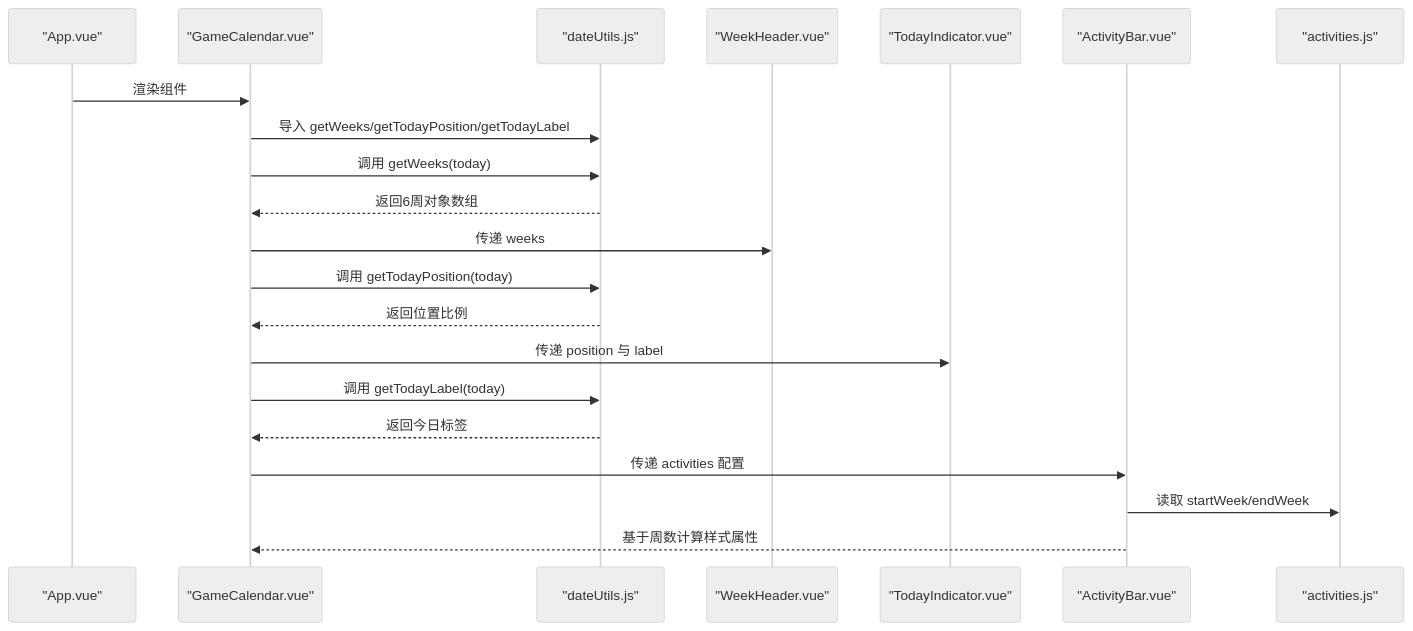
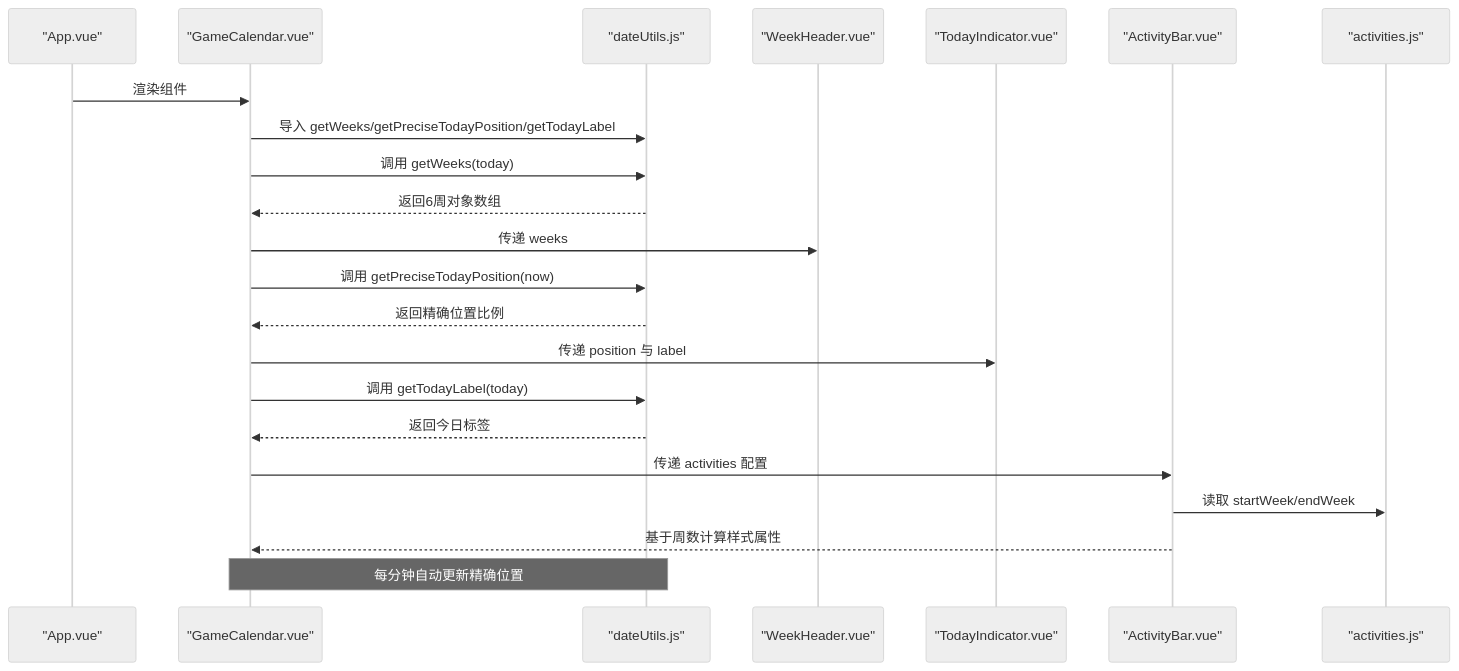
Before and after one commit to xuanyulingnfeg/gameCalendar: the second of 8 diagrams in .qoder/repowiki/zh/content/工具函数.md, drawn with Mermaid (neutral theme). The commit also changed other lines of this file and 7 other files, not shown here.

````diff
--- a/.qoder/repowiki/zh/content/工具函数.md
+++ b/.qoder/repowiki/zh/content/工具函数.md
@@ -155,23 +173,24 @@
 ```mermaid
 sequenceDiagram
 participant App as "App.vue"
 participant Calendar as "GameCalendar.vue"
 participant Utils as "dateUtils.js"
 participant Header as "WeekHeader.vue"
 participant Indicator as "TodayIndicator.vue"
 participant Bars as "ActivityBar.vue"
 participant Config as "activities.js"
 App->>Calendar : 渲染组件
-Calendar->>Utils : 导入 getWeeks/getTodayPosition/getTodayLabel
+Calendar->>Utils : 导入 getWeeks/getPreciseTodayPosition/getTodayLabel
 Calendar->>Utils : 调用 getWeeks(today)
 Utils-->>Calendar : 返回6周对象数组
 Calendar->>Header : 传递 weeks
-Calendar->>Utils : 调用 getTodayPosition(today)
-Utils-->>Calendar : 返回位置比例
+Calendar->>Utils : 调用 getPreciseTodayPosition(now)
+Utils-->>Calendar : 返回精确位置比例
 Calendar->>Indicator : 传递 position 与 label
 Calendar->>Utils : 调用 getTodayLabel(today)
 Utils-->>Calendar : 返回今日标签
 Calendar->>Bars : 传递 activities 配置
 Bars->>Config : 读取 startWeek/endWeek
 Bars-->>Calendar : 基于周数计算样式属性
+Note over Calendar,Utils : 每分钟自动更新精确位置
 ```
````
